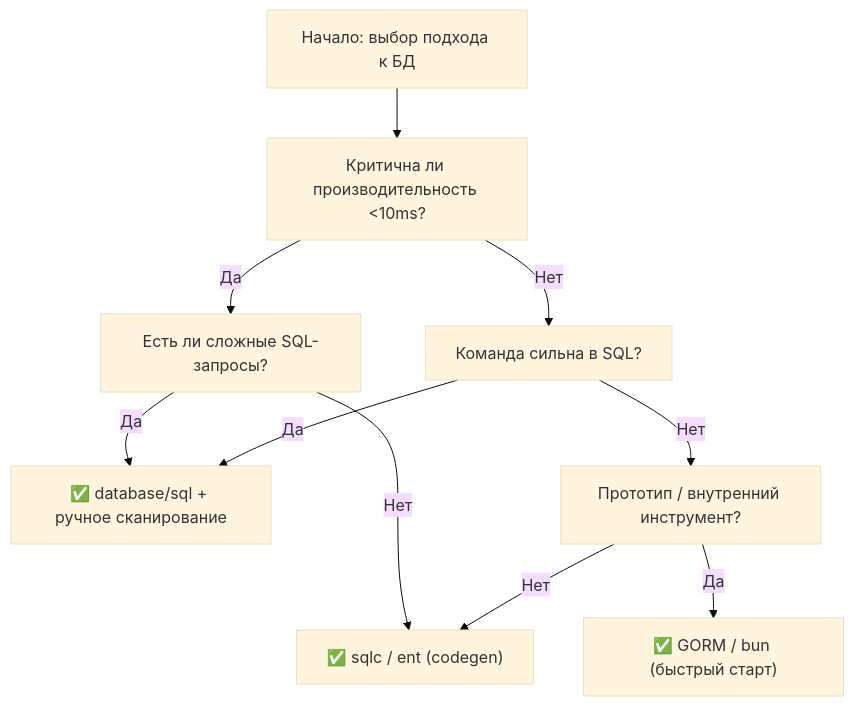
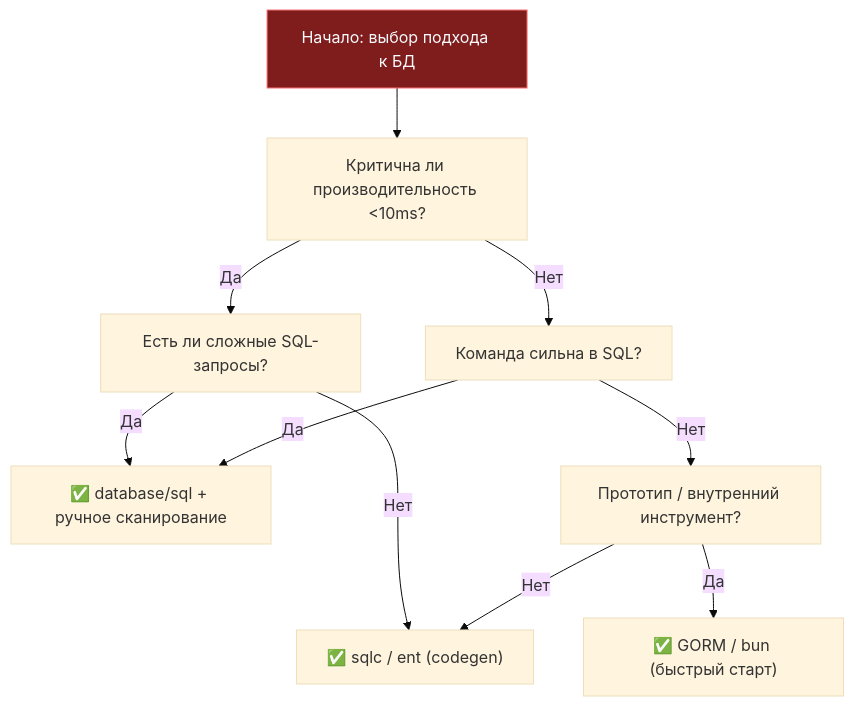
Before and after one commit to UnrealTemplier/go-textbook: the second of 2 diagrams in sources/12. Базы данных/10. Практика и архитектура/3. ORM vs SQL.md, drawn with Mermaid (base theme). The commit also changed other lines of this file and 1666 other files, not shown here.

First line of the commit message:
feat(mermaid): add semantic color classDef to 1369 colorless flowchart/graph diagrams

````diff
--- a/sources/12. Базы данных/10. Практика и архитектура/3. ORM vs SQL.md
+++ b/sources/12. Базы данных/10. Практика и архитектура/3. ORM vs SQL.md
@@ -400,16 +410,26 @@
 ```mermaid
 flowchart TD
-    Start["Начало: выбор подхода к БД"] --> Q1["Критична ли производительность <10ms?"]
+    classDef process  fill:#1e293b,stroke:#38bdf8,stroke-width:1px,color:#f8fafc
+    classDef success  fill:#064e3b,stroke:#34d399,stroke-width:1px,color:#f8fafc
+    classDef error    fill:#7f1d1d,stroke:#f87171,stroke-width:1px,color:#f8fafc
+    classDef warning  fill:#78350f,stroke:#fbbf24,stroke-width:1px,color:#f8fafc
+    classDef entry    fill:#1e3a5f,stroke:#38bdf8,stroke-width:2px,color:#f8fafc
+    classDef aux      fill:#334155,stroke:#64748b,stroke-width:1px,color:#f8fafc
+    classDef system   fill:#312e81,stroke:#a78bfa,stroke-width:1px,color:#f8fafc
+    classDef data     fill:#132d29,stroke:#2dd4bf,stroke-width:1px,color:#f8fafc
+    classDef network  fill:#881337,stroke:#fb7185,stroke-width:1px,color:#f8fafc
+    classDef accent   fill:#1e1b4b,stroke:#818cf8,stroke-width:1px,color:#f8fafc
+    Start["Начало: выбор подхода к БД"]:::error --> Q1["Критична ли производительность <10ms?"]
     
     Q1 -- Да --> Q2["Есть ли сложные SQL-запросы?"]
     Q1 -- Нет --> Q3["Команда сильна в SQL?"]
     
     Q2 -- Да --> Raw["✅ database/sql + ручное сканирование"]
     Q2 -- Нет --> Codegen["✅ sqlc / ent (codegen)"]
     
     Q3 -- Да --> Raw
     Q3 -- Нет --> Q4["Прототип / внутренний инструмент?"]
     
     Q4 -- Да --> ORM["✅ GORM / bun (быстрый старт)"]
     Q4 -- Нет --> Codegen
 ```
````
